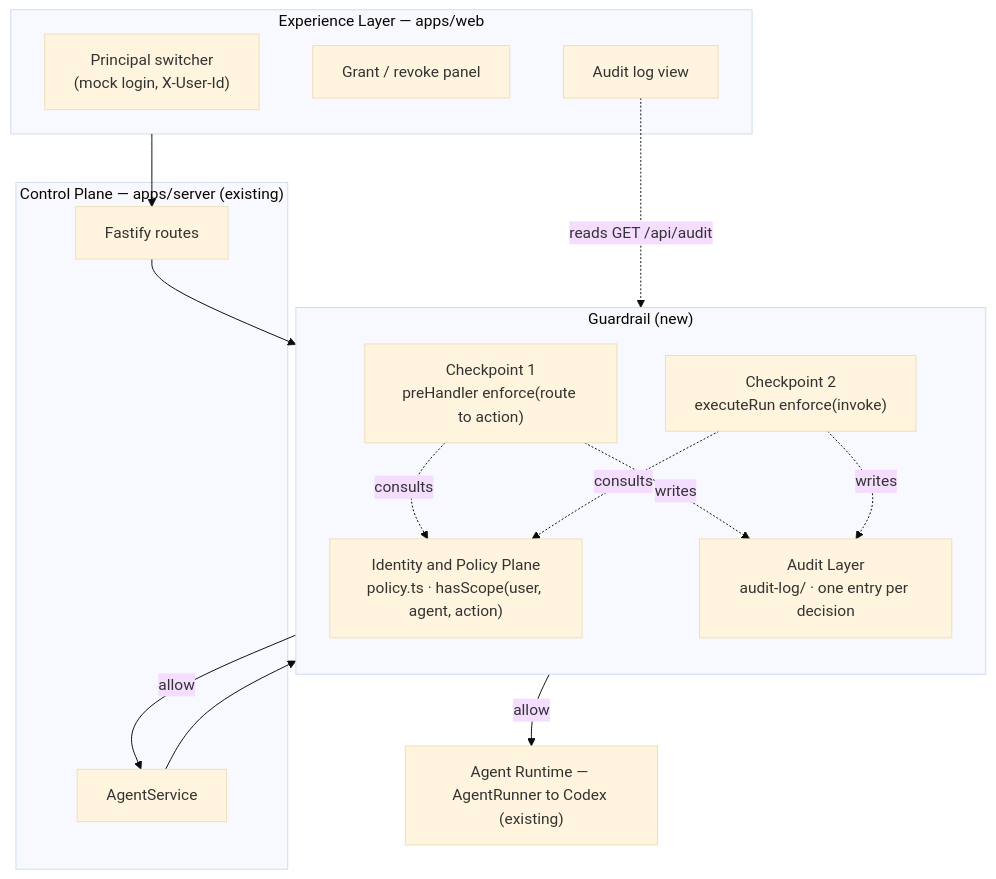
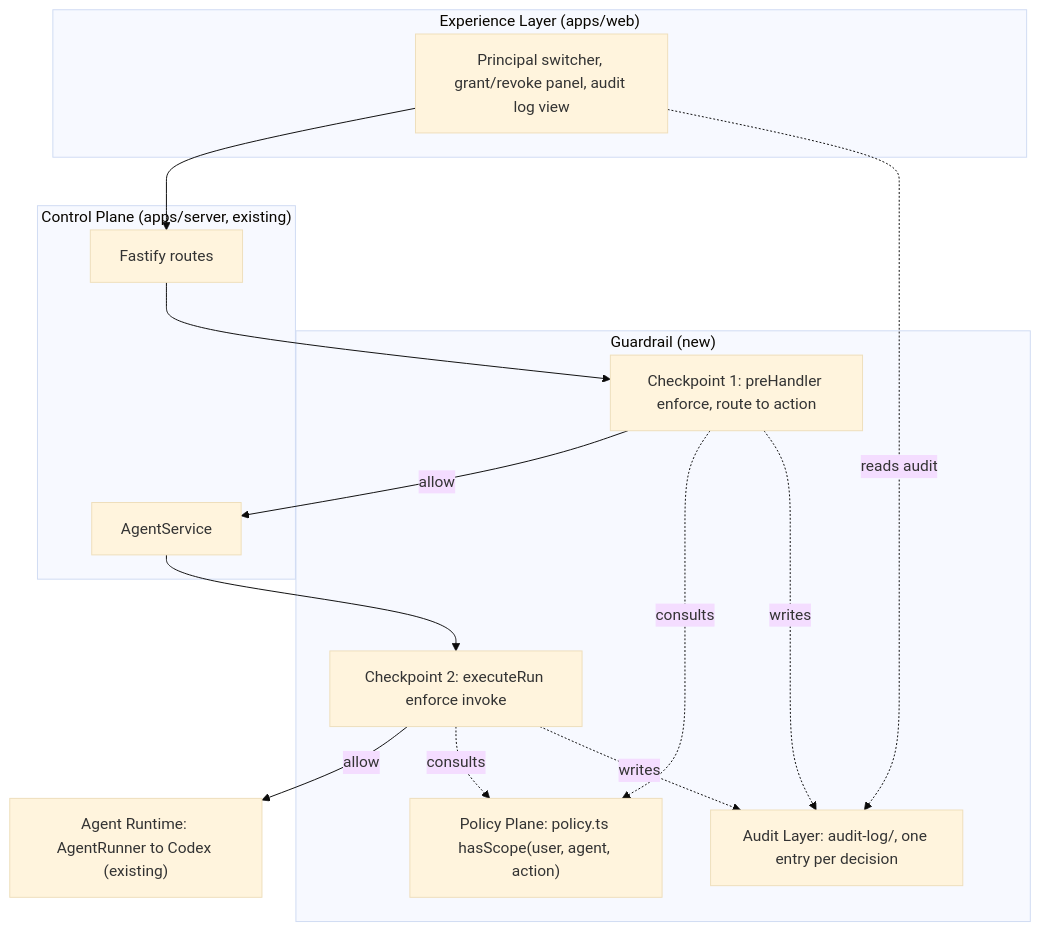
The second of 2 diagrams in docs/ARCHITECTURE.md (siuuuuuuuuuuuuuuuuuu/agent-launchpad-guardrail), drawn with Mermaid (base theme) before and after one commit. The commit also changed 19 other files, not shown here.

First line of the commit message:
chore: scope audit reads, add CI, screenshots, tidy docs

````diff
--- a/docs/ARCHITECTURE.md
+++ b/docs/ARCHITECTURE.md
@@ -91,31 +91,28 @@
 ```mermaid
 flowchart TB
-    subgraph Experience["Experience Layer — apps/web"]
-        Switcher["Principal switcher<br/>(mock login, X-User-Id)"]
-        GrantUI["Grant / revoke panel"]
-        AuditUI["Audit log view"]
+    subgraph Experience["Experience Layer (apps/web)"]
+        UI["Principal switcher, grant/revoke panel, audit log view"]
     end
-    subgraph Control["Control Plane — apps/server (existing)"]
+    subgraph Control["Control Plane (apps/server, existing)"]
         Routes["Fastify routes"]
         Svc["AgentService"]
     end
     subgraph Guardrail["Guardrail (new)"]
-        direction TB
-        CP1["Checkpoint 1<br/>preHandler enforce(route to action)"]
-        CP2["Checkpoint 2<br/>executeRun enforce(invoke)"]
-        Policy["Identity and Policy Plane<br/>policy.ts · hasScope(user, agent, action)"]
-        Audit["Audit Layer<br/>audit-log/ · one entry per decision"]
+        CP1["Checkpoint 1: preHandler enforce, route to action"]
+        CP2["Checkpoint 2: executeRun enforce invoke"]
+        Policy["Policy Plane: policy.ts hasScope(user, agent, action)"]
+        Audit["Audit Layer: audit-log/, one entry per decision"]
     end
-    Runtime["Agent Runtime — AgentRunner to Codex (existing)"]
+    Runtime["Agent Runtime: AgentRunner to Codex (existing)"]
 
-    Experience --> Routes
+    UI --> Routes
     Routes --> CP1
     CP1 -->|allow| Svc
     Svc --> CP2
     CP2 -->|allow| Runtime
     CP1 -.consults.-> Policy
     CP2 -.consults.-> Policy
     CP1 -.writes.-> Audit
     CP2 -.writes.-> Audit
-    AuditUI -.reads GET /api/audit.-> Audit
+    UI -.reads audit.-> Audit
 ```
````
